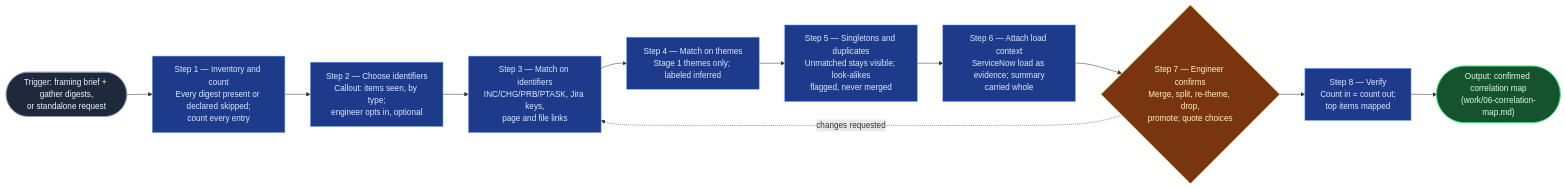
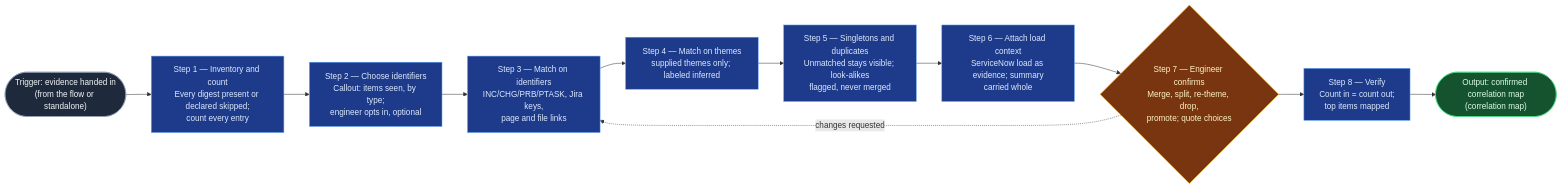
One commit to RafySauce/flow-lab changed the diagram in skill-foundry/review-skills/accomplishments-correlator/SKILL.md. Above: the diagram before and after it, drawn with Mermaid. The commit also changed other lines of this file and 1 other file, not shown here.

````diff
--- a/skill-foundry/review-skills/accomplishments-correlator/SKILL.md
+++ b/skill-foundry/review-skills/accomplishments-correlator/SKILL.md
@@ -48,19 +50,19 @@
 ```mermaid
 flowchart LR
-    Start(["Trigger: framing brief + gather digests,<br/>or standalone request"]):::start --> I["Step 1 — Inventory and count<br/>Every digest present or declared skipped;<br/>count every entry"]:::process
+    Start(["Trigger: evidence handed in<br/>(from the flow or standalone)"]):::start --> I["Step 1 — Inventory and count<br/>Every digest present or declared skipped;<br/>count every entry"]:::process
     I --> X["Step 2 — Choose identifiers<br/>Callout: items seen, by type;<br/>engineer opts in, optional"]:::process
     X --> M["Step 3 — Match on identifiers<br/>INC/CHG/PRB/PTASK, Jira keys,<br/>page and file links"]:::process
-    M --> T["Step 4 — Match on themes<br/>Stage 1 themes only; labeled inferred"]:::process
+    M --> T["Step 4 — Match on themes<br/>supplied themes only; labeled inferred"]:::process
     T --> S["Step 5 — Singletons and duplicates<br/>Unmatched stays visible; look-alikes<br/>flagged, never merged"]:::process
     S --> L["Step 6 — Attach load context<br/>ServiceNow load as evidence; summary<br/>carried whole"]:::process
     L --> G{"Step 7 — Engineer confirms<br/>Merge, split, re-theme, drop,<br/>promote; quote choices"}:::decision
     G -.->|"changes requested"| M
     G --> V["Step 8 — Verify<br/>Count in = count out;<br/>top items mapped"]:::process
-    V --> Output(["Output: confirmed correlation map<br/>(work/06-correlation-map.md)"]):::output
+    V --> Output(["Output: confirmed correlation map<br/>(correlation map)"]):::output
 
     classDef start fill:#1e293b,stroke:#94a3b8,color:#f1f5f9
     classDef process fill:#1e3a8a,stroke:#60a5fa,color:#dbeafe
     classDef decision fill:#78350f,stroke:#fbbf24,color:#fef3c7
     classDef output fill:#14532d,stroke:#4ade80,color:#dcfce7
     classDef halt fill:#7f1d1d,stroke:#f87171,color:#fee2e2
 ```
````
